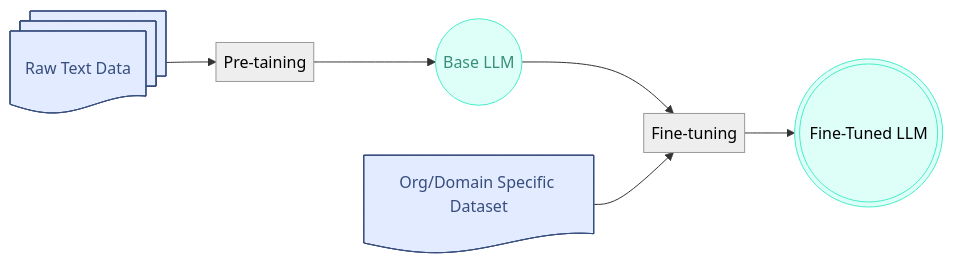
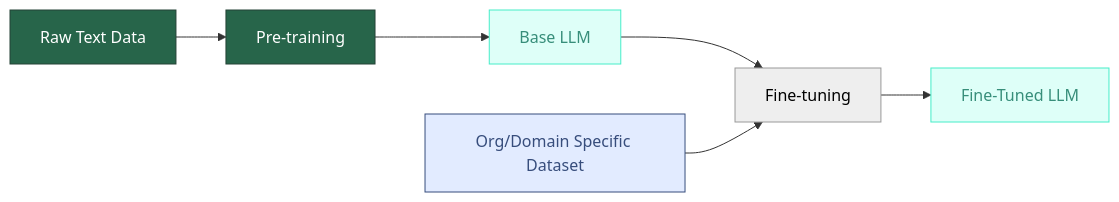
The diagram in 06-fine-tuning.qmd (byu-strategy/ai-solutions), drawn with Mermaid before and after one commit. The commit also changed other lines of this file, not shown here.

Commit message:
here is section two about the first step - chosing a base model

````diff
--- a/06-fine-tuning.qmd
+++ b/06-fine-tuning.qmd
@@ -9,27 +9,20 @@
 ```{mermaid}
 flowchart LR
-    n4["Raw Text Data"] --> n6["Pre-taining"]
-    n6 --> n3(("Base LLM"))
+    n4["Raw Text Data"] --> n6["Pre-training"]
+    n6 --> n3["Base LLM"]
     n3 --> n7["Fine-tuning"]
     n7 --> n5["Fine-Tuned LLM"]
     n1["Org/Domain Specific Dataset"] --> n7
 
-    n4@{ shape: docs}
-    n6@{ shape: text}
-    n7@{ shape: text}
-    n5@{ shape: dbl-circ}
-    n1@{ shape: doc}
-     n4:::Pine
-     n4:::Sky
-     n6:::Pine
-     n6:::Ash
-     n3:::Aqua
-     n7:::Ash
-     n5:::Aqua
-     n1:::Sky
-    classDef Sky stroke-width:1px, stroke-dasharray:none, stroke:#374D7C, fill:#E2EBFF, color:#374D7C
-    classDef Ash stroke-width:1px, stroke-dasharray:none, stroke:#999999, fill:#EEEEEE, color:#000000
-    classDef Pine stroke-width:1px, stroke-dasharray:none, stroke:#254336, fill:#27654A, color:#FFFFFF
-    classDef Aqua stroke-width:1px, stroke-dasharray:none, stroke:#46EDC8, fill:#DEFFF8, color:#378E7A
-    style n5 color:#000000
+    %% Class assignments
+    class n4,n6 Pine;
+    class n3,n5 Aqua;
+    class n7 Ash;
+    class n1 Sky;
+
+    %% Style definitions
+    classDef Sky stroke-width:1px, stroke:#374D7C, fill:#E2EBFF, color:#374D7C;
+    classDef Ash stroke-width:1px, stroke:#999999, fill:#EEEEEE, color:#000000;
+    classDef Pine stroke-width:1px, stroke:#254336, fill:#27654A, color:#FFFFFF;
+    classDef Aqua stroke-width:1px, stroke:#46EDC8, fill:#DEFFF8, color:#378E7A;
 ```
````
